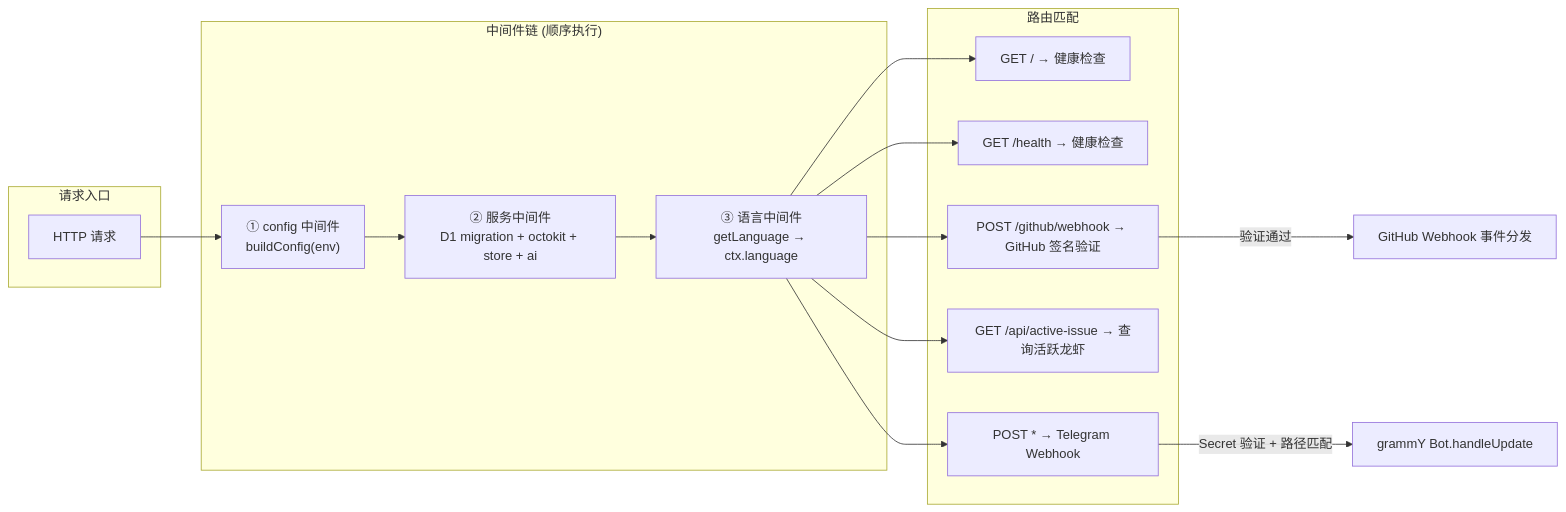
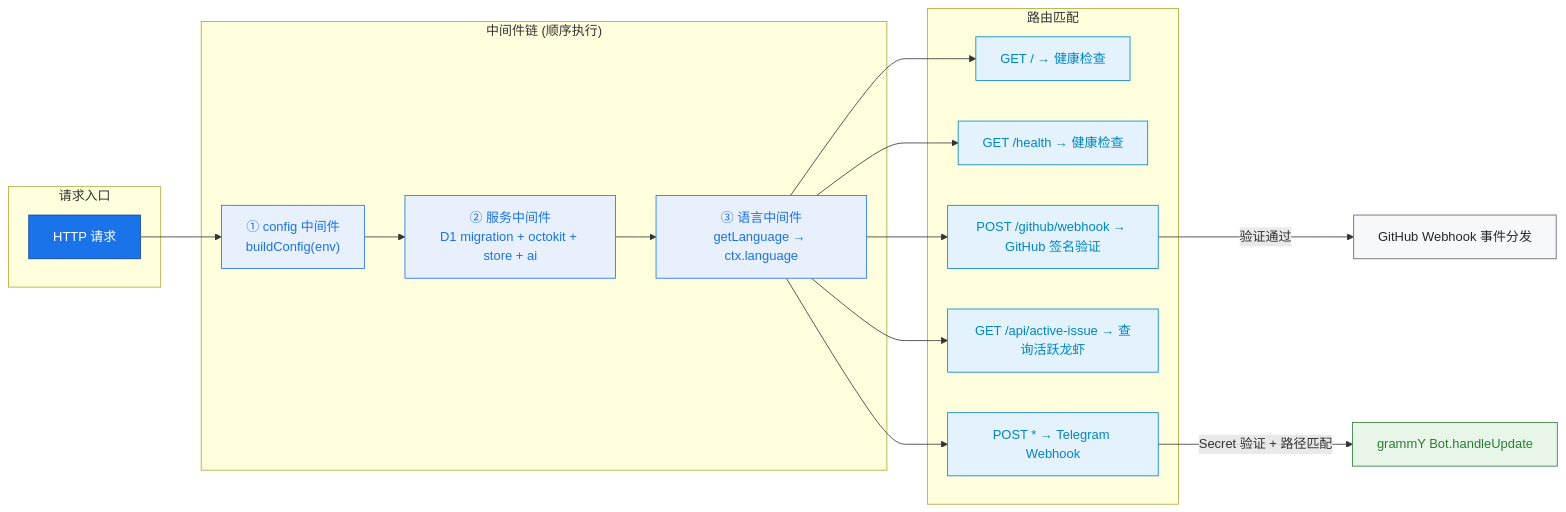
Before and after one commit to jeffsia-blacksmith/altShiftClawCore: the second of 11 diagrams in src/ARCHITECTURE.md, drawn with Mermaid. The commit also changed other lines of this file, not shown here.

First line of the commit message:
docs: add color coding to all remaining mermaid charts

````diff
--- a/src/ARCHITECTURE.md
+++ b/src/ARCHITECTURE.md
@@ -136,30 +136,36 @@
 ```mermaid
 flowchart LR
+    classDef req fill:#1a73e8,stroke:#0d47a1,color:#fff
+    classDef mw fill:#e8f0fe,stroke:#1a73e8,color:#1a73e8
+    classDef route fill:#e3f2fd,stroke:#0086c4,color:#0086c4
+    classDef gh fill:#f6f8fa,stroke:#586069,color:#24292e
+    classDef tg fill:#e8f5e9,stroke:#2e7d32,color:#2e7d32
+
     subgraph 请求入口
-        REQ["HTTP 请求"]
+        REQ["HTTP 请求"]:::req
     end
 
     subgraph "中间件链 (顺序执行)"
-        M1["① config 中间件<br/>buildConfig(env)"]
-        M2["② 服务中间件<br/>D1 migration + octokit + store + ai"]
-        M3["③ 语言中间件<br/>getLanguage → ctx.language"]
+        M1["① config 中间件<br/>buildConfig(env)"]:::mw
+        M2["② 服务中间件<br/>D1 migration + octokit + store + ai"]:::mw
+        M3["③ 语言中间件<br/>getLanguage → ctx.language"]:::mw
     end
 
     subgraph 路由匹配
-        R1["GET / → 健康检查"]
-        R2["GET /health → 健康检查"]
-        R3["POST /github/webhook → GitHub 签名验证"]
-        R4["GET /api/active-issue → 查询活跃龙虾"]
-        R5["POST * → Telegram Webhook"]
+        R1["GET / → 健康检查"]:::route
+        R2["GET /health → 健康检查"]:::route
+        R3["POST /github/webhook → GitHub 签名验证"]:::route
+        R4["GET /api/active-issue → 查询活跃龙虾"]:::route
+        R5["POST * → Telegram Webhook"]:::route
     end
 
     REQ --> M1 --> M2 --> M3
     M3 --> R1
     M3 --> R2
     M3 --> R3
     M3 --> R4
     M3 --> R5
 
-    R3 -->|验证通过| GHEVENT["GitHub Webhook 事件分发"]
-    R5 -->|Secret 验证 + 路径匹配| BOT["grammY Bot.handleUpdate"]
+    R3 -->|验证通过| GHEVENT["GitHub Webhook 事件分发"]:::gh
+    R5 -->|Secret 验证 + 路径匹配| BOT["grammY Bot.handleUpdate"]:::tg
 ```
````
